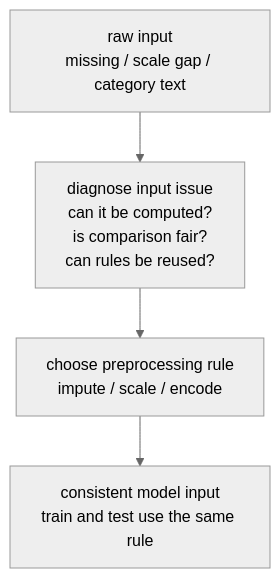
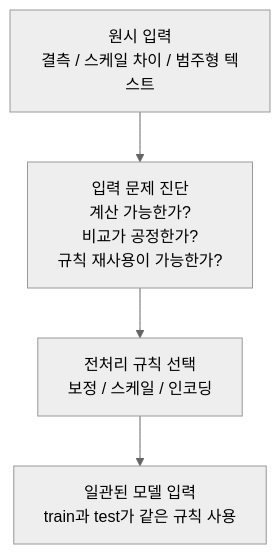
Before and after one commit to devchan64/AiBook: the second of 4 diagrams in docs/parts/part-04/chapter-07/section-02.md, drawn with Mermaid (neutral theme). The commit also changed other lines of this file and 138 other files, not shown here.

````diff
--- a/docs/parts/part-04/chapter-07/section-02.md
+++ b/docs/parts/part-04/chapter-07/section-02.md
@@ -554,11 +554,11 @@
 ```mermaid
 flowchart TB
-  A["raw input<br/>missing / scale gap / category text"]
-  B["diagnose input issue<br/>can it be computed?<br/>is comparison fair?<br/>can rules be reused?"]
-  C["choose preprocessing rule<br/>impute / scale / encode"]
-  D["consistent model input<br/>train and test use the same rule"]
+  A["원시 입력<br/>결측 / 스케일 차이 / 범주형 텍스트"]
+  B["입력 문제 진단<br/>계산 가능한가?<br/>비교가 공정한가?<br/>규칙 재사용이 가능한가?"]
+  C["전처리 규칙 선택<br/>보정 / 스케일 / 인코딩"]
+  D["일관된 모델 입력<br/>train과 test가 같은 규칙 사용"]
 
   A --> B
   B --> C
   C --> D
 ```
````
